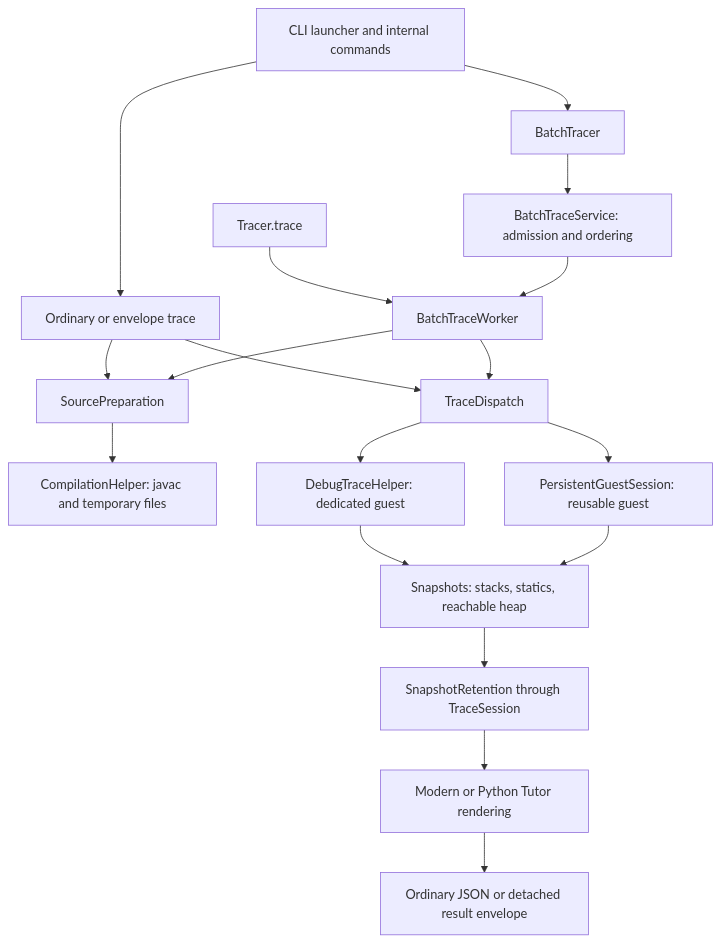
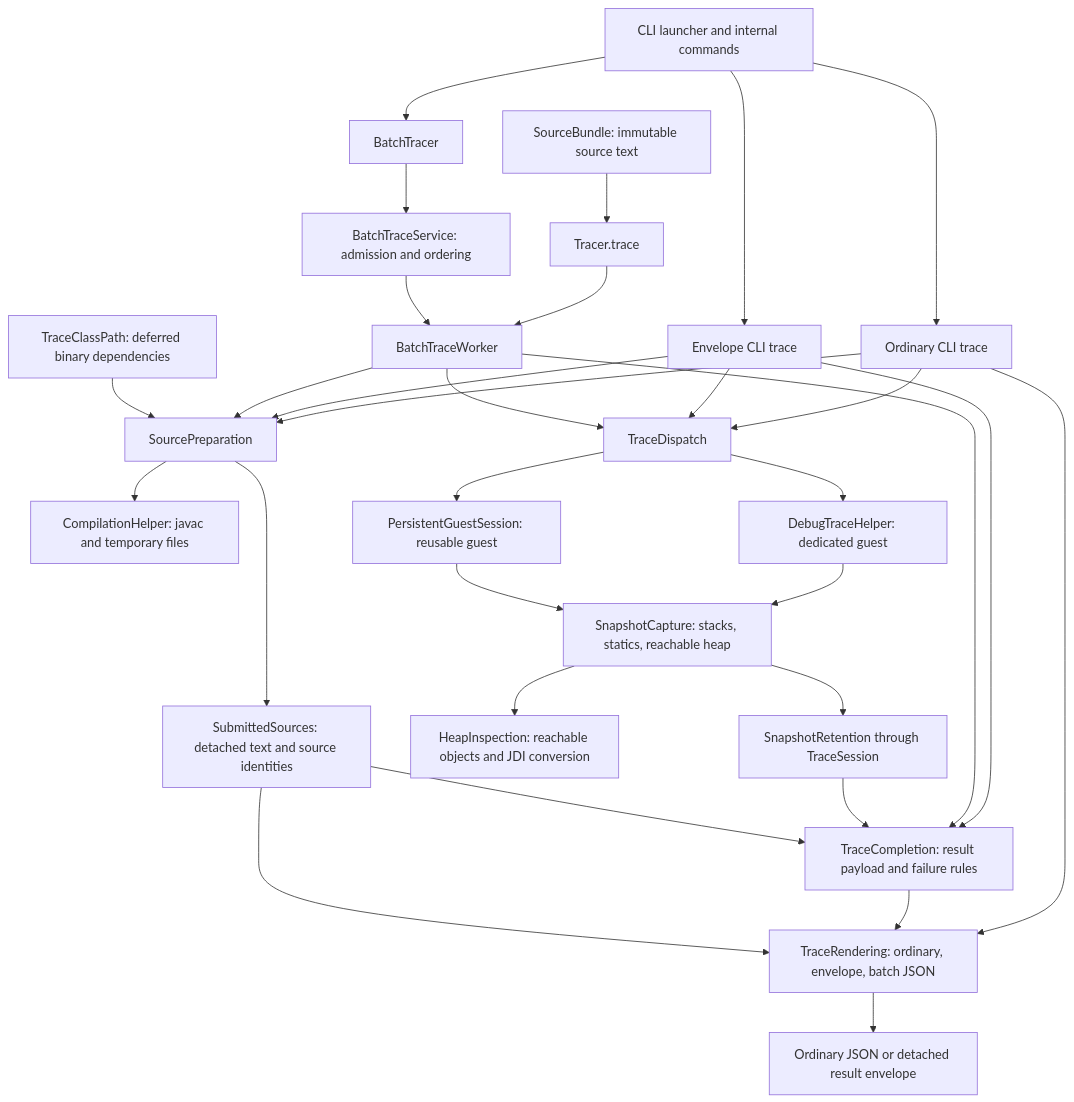
One commit to cs1302uga/cs1302-tracer changed the diagram in docs/contributing/architecture.md. Above: the diagram before and after it, drawn with Mermaid. The commit also changed other lines of this file and 216 other files, not shown here.

First line of the commit message:
Add primitive binary metadata, dependency class paths, and source bundles (#18)

````diff
--- a/docs/contributing/architecture.md
+++ b/docs/contributing/architecture.md
@@ -20,20 +27,33 @@
 ```mermaid
 flowchart TD
-    CLI[CLI launcher and internal commands] --> Ordinary[Ordinary or envelope trace]
+    CLI[CLI launcher and internal commands] --> Ordinary[Ordinary CLI trace]
+    CLI --> Envelope[Envelope CLI trace]
     CLI --> Batch[BatchTracer]
+    Bundle[SourceBundle: immutable source text] --> Java
     Java[Tracer.trace] --> Worker[BatchTraceWorker]
     Batch --> Pool[BatchTraceService: admission and ordering]
     Pool --> Worker
     Ordinary --> Preparation[SourcePreparation]
+    Envelope --> Preparation
     Worker --> Preparation
+    Dependencies[TraceClassPath: deferred binary dependencies] --> Preparation
     Preparation --> Compiler[CompilationHelper: javac and temporary files]
+    Preparation --> Submitted[SubmittedSources: detached text and source identities]
     Ordinary --> Dispatch[TraceDispatch]
+    Envelope --> Dispatch
     Worker --> Dispatch
     Dispatch --> Dedicated[DebugTraceHelper: dedicated guest]
     Dispatch --> Persistent[PersistentGuestSession: reusable guest]
-    Dedicated --> Capture[Snapshots: stacks, statics, reachable heap]
+    Dedicated --> Capture[SnapshotCapture: stacks, statics, reachable heap]
     Persistent --> Capture
+    Capture --> Heap[HeapInspection: reachable objects and JDI conversion]
     Capture --> Retention[SnapshotRetention through TraceSession]
-    Retention --> Render[Modern or Python Tutor rendering]
+    Ordinary --> Render[TraceRendering: ordinary, envelope, batch JSON]
+    Envelope --> Completion[TraceCompletion: result payload and failure rules]
+    Worker --> Completion
+    Retention --> Completion
+    Completion --> Render
+    Submitted --> Completion
+    Submitted --> Render
     Render --> Result[Ordinary JSON or detached result envelope]
 ```
````
